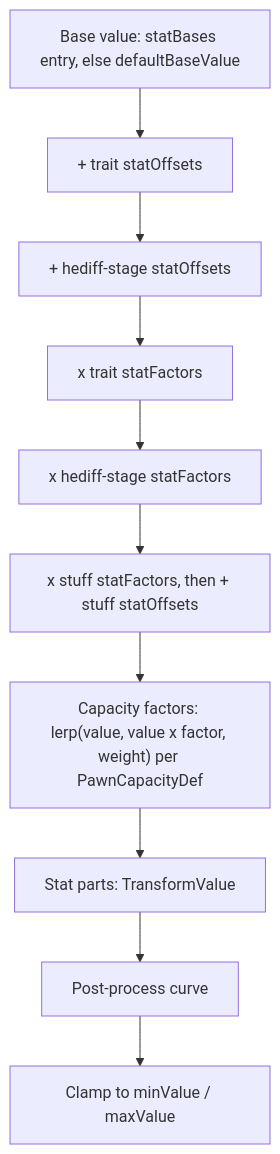
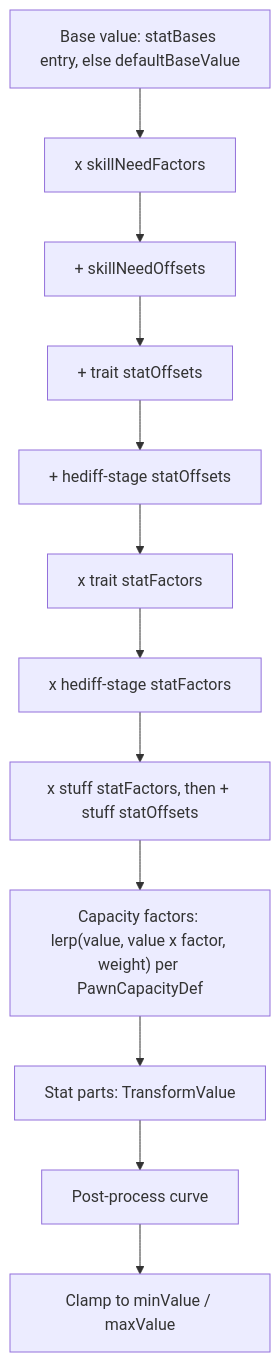
Before and after one commit to m2windham/simWorld: the third of 13 diagrams in docs/spec/simworld-spec.md, drawn with Mermaid. The commit also changed other lines of this file and 100 other files, not shown here.

````diff
--- a/docs/spec/simworld-spec.md
+++ b/docs/spec/simworld-spec.md
@@ -156,12 +178,14 @@
 ```mermaid
 flowchart TD
-  Base["Base value: statBases entry, else defaultBaseValue"] --> Off1["+ trait statOffsets"]
+  Base["Base value: statBases entry, else defaultBaseValue"] --> SkillFac["x skillNeedFactors"]
+  SkillFac --> SkillOff["+ skillNeedOffsets"]
+  SkillOff --> Off1["+ trait statOffsets"]
   Off1 --> Off2["+ hediff-stage statOffsets"]
   Off2 --> Fac1["x trait statFactors"]
   Fac1 --> Fac2["x hediff-stage statFactors"]
   Fac2 --> Stuff["x stuff statFactors, then + stuff statOffsets"]
   Stuff --> Cap["Capacity factors: lerp(value, value x factor, weight) per PawnCapacityDef"]
   Cap --> Parts["Stat parts: TransformValue"]
   Parts --> Curve["Post-process curve"]
   Curve --> Clamp["Clamp to minValue / maxValue"]
 ```
````
